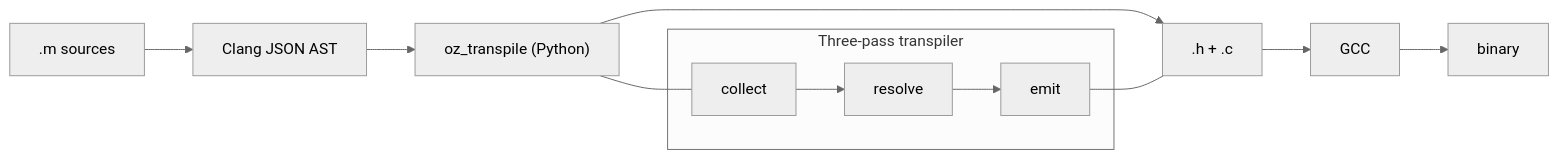
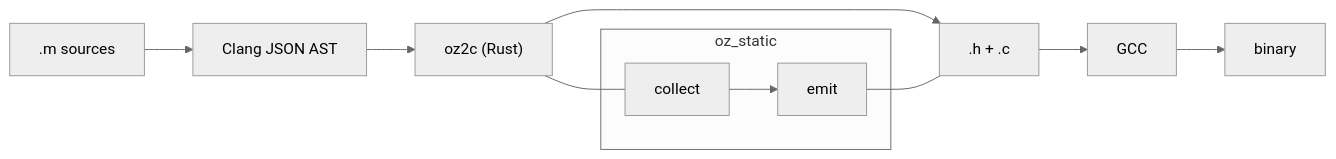
The diagram in README.md (rodrigopex/objective-z), drawn with Mermaid (neutral theme) before and after one commit. The commit also changed other lines of this file and 172 other files, not shown here.

````diff
--- a/README.md
+++ b/README.md
@@ -239,14 +239,14 @@
 ```mermaid
 graph LR
     A[".m sources"] --> B["Clang JSON AST"]
-    B --> C["oz_transpile (Python)"]
+    B --> C["oz2c (Rust)"]
     C --> D[".h + .c"]
     D --> E["GCC"]
     E --> F["binary"]
 
-    subgraph "Three-pass transpiler"
-        C1["collect"] --> C2["resolve"] --> C3["emit"]
+    subgraph "oz_static"
+        C1["collect"] --> C2["emit"]
     end
     C --- C1
-    C3 --- D
+    C2 --- D
 ```
````
